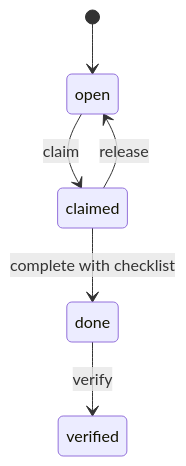
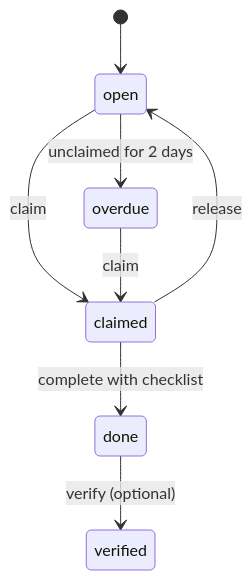
The second of 2 diagrams in ARCHITECTURE.md (Frank-M-Yang/Green-Paradox), drawn with Mermaid before and after one commit. The commit also changed other lines of this file, not shown here.

````diff
--- a/ARCHITECTURE.md
+++ b/ARCHITECTURE.md
@@ -50,8 +71,10 @@
 ```mermaid
 stateDiagram-v2
   [*] --> open
   open --> claimed: claim
   claimed --> open: release
+  open --> overdue: unclaimed for 2 days
+  overdue --> claimed: claim
   claimed --> done: complete with checklist
-  done --> verified: verify
+  done --> verified: verify (optional)
 ```
````
